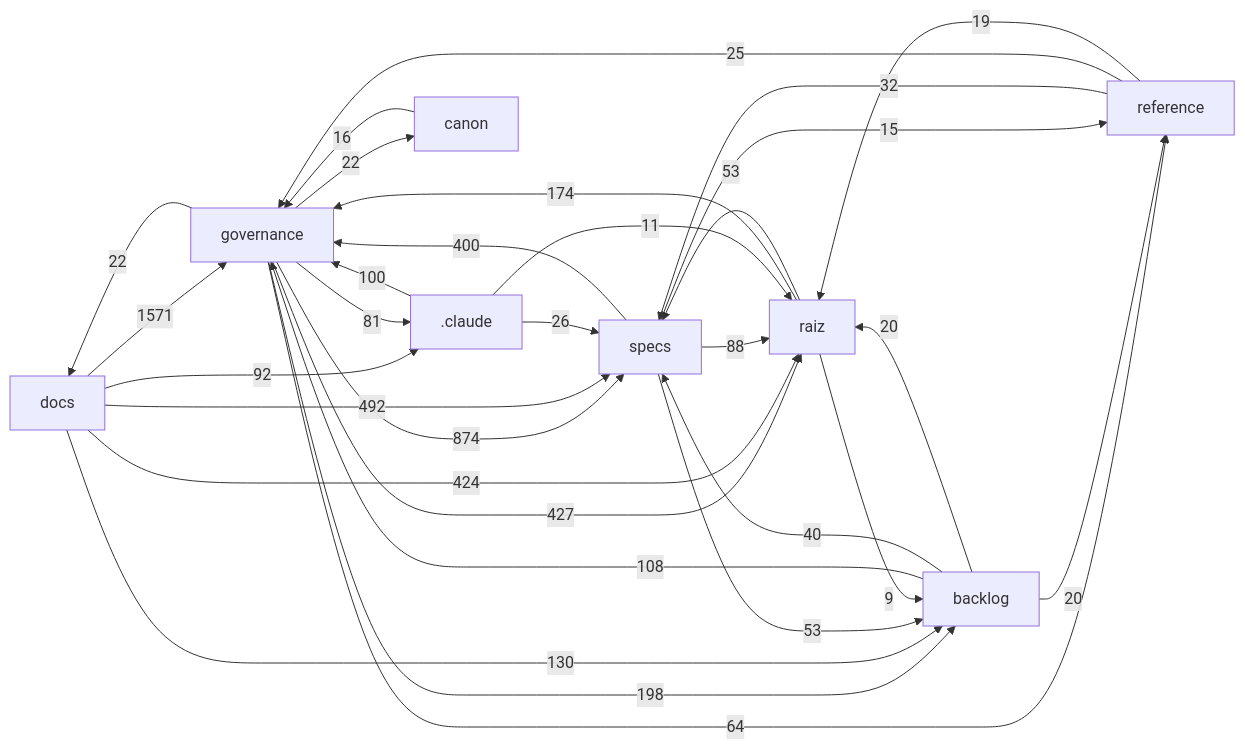
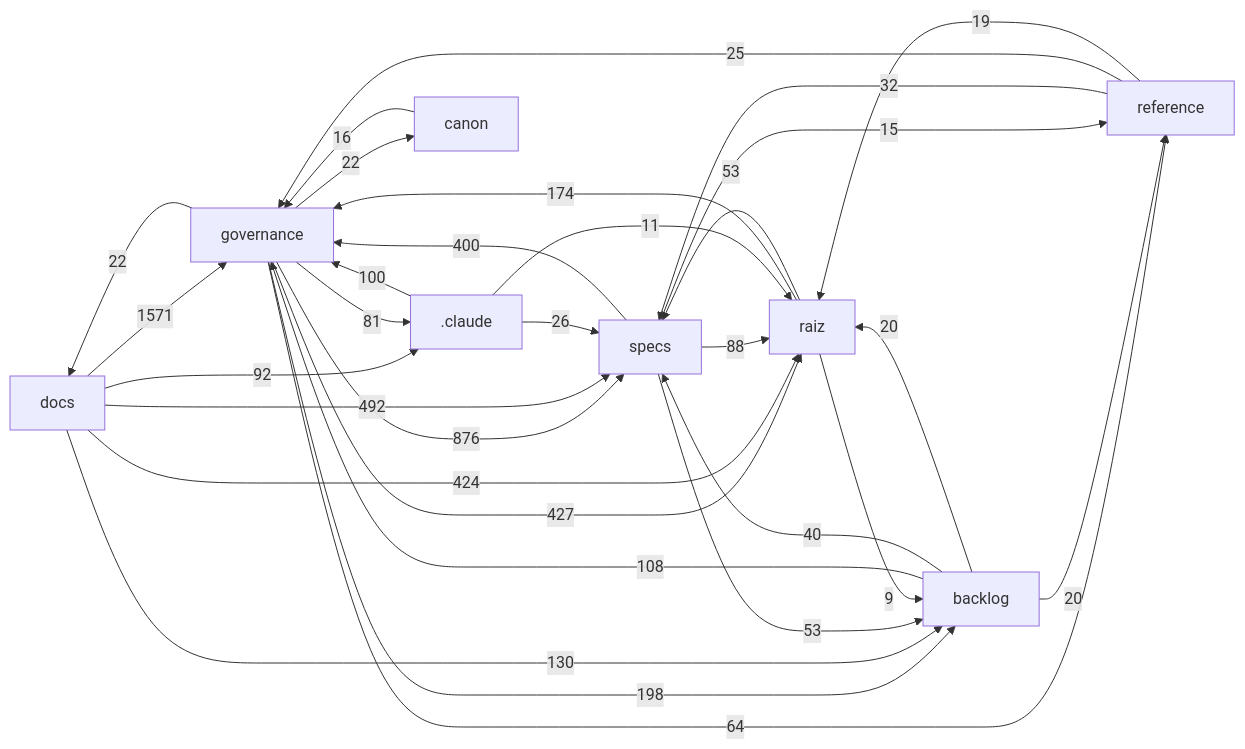
Before and after one commit to Andraus35/Sistema-Operacional-de-Trading--SOT: the diagram in docs/mapa/MAPA-PROJETO.md, drawn with Mermaid. The commit also changed other lines of this file and 4 other files, not shown here.

````diff
--- a/docs/mapa/MAPA-PROJETO.md
+++ b/docs/mapa/MAPA-PROJETO.md
@@ -29,33 +29,33 @@
 ```mermaid
 flowchart LR
   docs["docs"] -->|1571| governance["governance"]
-  governance["governance"] -->|874| specs["specs"]
+  governance["governance"] -->|876| specs["specs"]
   docs["docs"] -->|492| specs["specs"]
   governance["governance"] -->|427| raiz["raiz"]
   docs["docs"] -->|424| raiz["raiz"]
   specs["specs"] -->|400| governance["governance"]
   governance["governance"] -->|198| backlog["backlog"]
   raiz["raiz"] -->|174| governance["governance"]
   docs["docs"] -->|130| backlog["backlog"]
   backlog["backlog"] -->|108| governance["governance"]
   _claude[".claude"] -->|100| governance["governance"]
   docs["docs"] -->|92| _claude[".claude"]
   specs["specs"] -->|88| raiz["raiz"]
   governance["governance"] -->|81| _claude[".claude"]
   governance["governance"] -->|64| reference["reference"]
   raiz["raiz"] -->|53| specs["specs"]
   specs["specs"] -->|53| backlog["backlog"]
   backlog["backlog"] -->|40| specs["specs"]
   reference["reference"] -->|32| specs["specs"]
   _claude[".claude"] -->|26| specs["specs"]
   reference["reference"] -->|25| governance["governance"]
   governance["governance"] -->|22| docs["docs"]
   governance["governance"] -->|22| canon["canon"]
   backlog["backlog"] -->|20| raiz["raiz"]
   backlog["backlog"] -->|20| reference["reference"]
   reference["reference"] -->|19| raiz["raiz"]
   canon["canon"] -->|16| governance["governance"]
   specs["specs"] -->|15| reference["reference"]
   _claude[".claude"] -->|11| raiz["raiz"]
   raiz["raiz"] -->|9| backlog["backlog"]
 ```
````
